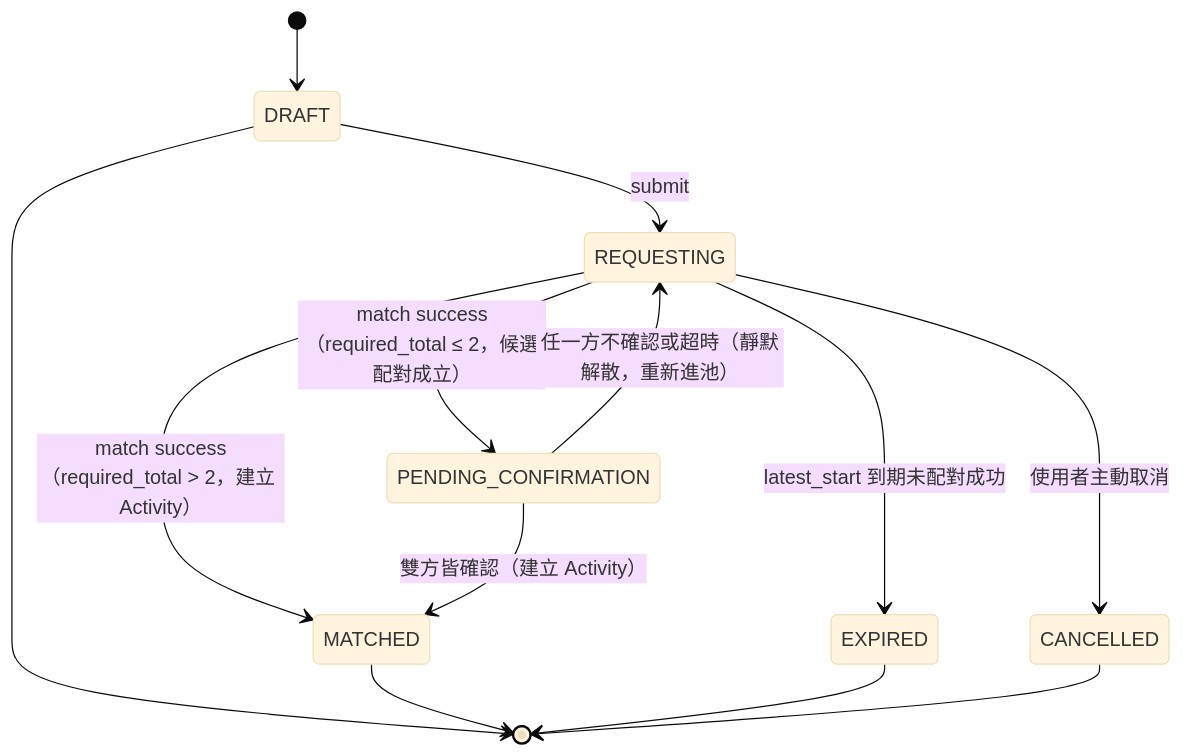
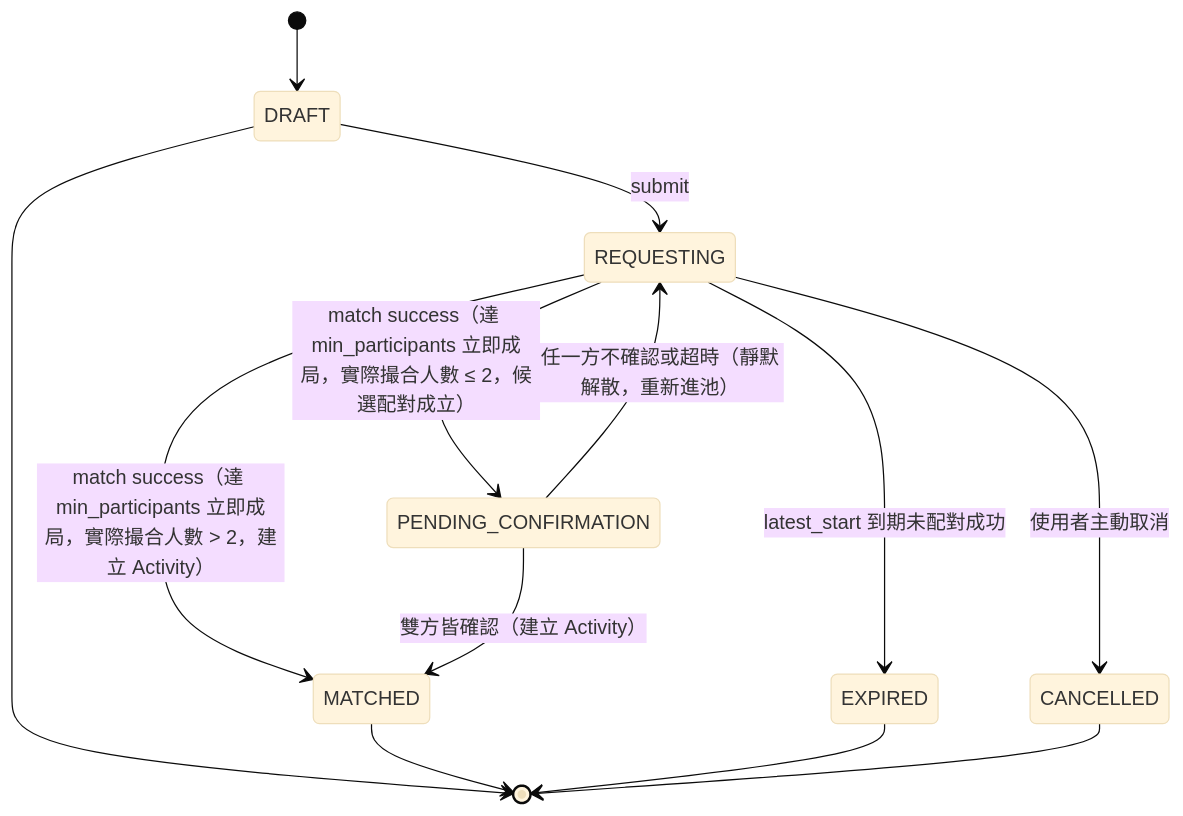
The first of 2 diagrams in docs/STATE_MACHINE.md (egger-meow/find-people-now), drawn with Mermaid (base theme) before and after one commit. The commit also changed other lines of this file and 2 other files, not shown here.

First line of the commit message:
docs: v1.5 — invite-link joining, min/max participant range, greedy match closure

````diff
--- a/docs/STATE_MACHINE.md
+++ b/docs/STATE_MACHINE.md
@@ -11,15 +11,15 @@
 ```mermaid
 stateDiagram-v2
     [*] --> DRAFT
     DRAFT --> REQUESTING: submit
-    REQUESTING --> MATCHED: match success（required_total > 2，建立 Activity）
-    REQUESTING --> PENDING_CONFIRMATION: match success（required_total ≤ 2，候選配對成立）
+    REQUESTING --> MATCHED: match success（達 min_participants 立即成局，實際撮合人數 > 2，建立 Activity）
+    REQUESTING --> PENDING_CONFIRMATION: match success（達 min_participants 立即成局，實際撮合人數 ≤ 2，候選配對成立）
     PENDING_CONFIRMATION --> MATCHED: 雙方皆確認（建立 Activity）
     PENDING_CONFIRMATION --> REQUESTING: 任一方不確認或超時（靜默解散，重新進池）
     REQUESTING --> EXPIRED: latest_start 到期未配對成功
     REQUESTING --> CANCELLED: 使用者主動取消
     DRAFT --> [*]
     MATCHED --> [*]
     EXPIRED --> [*]
     CANCELLED --> [*]
 ```
````
